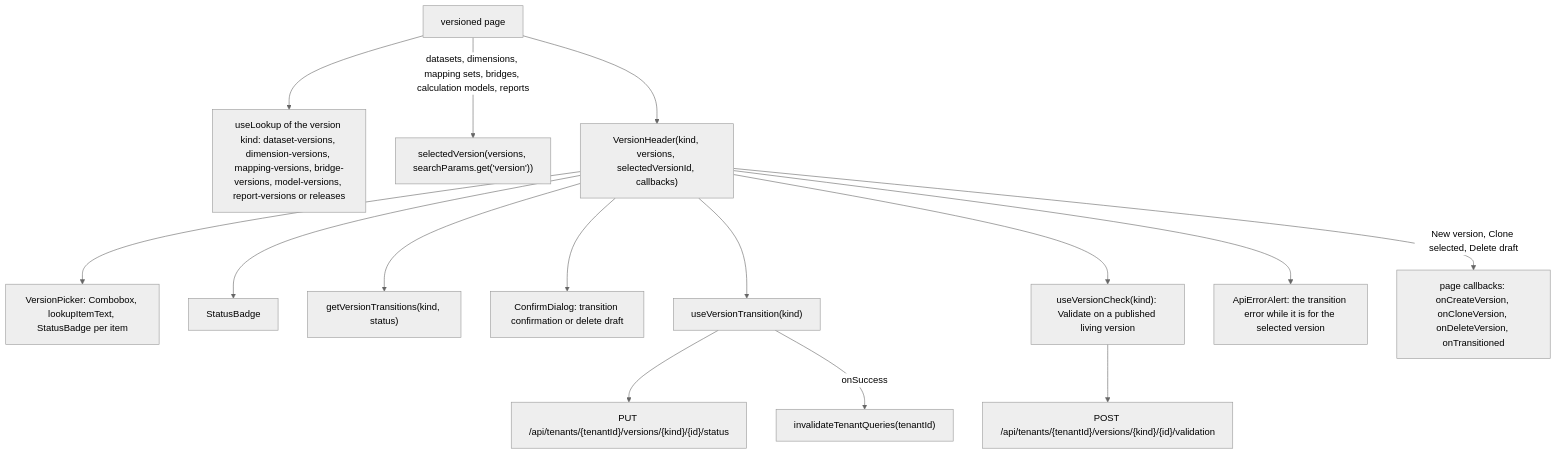
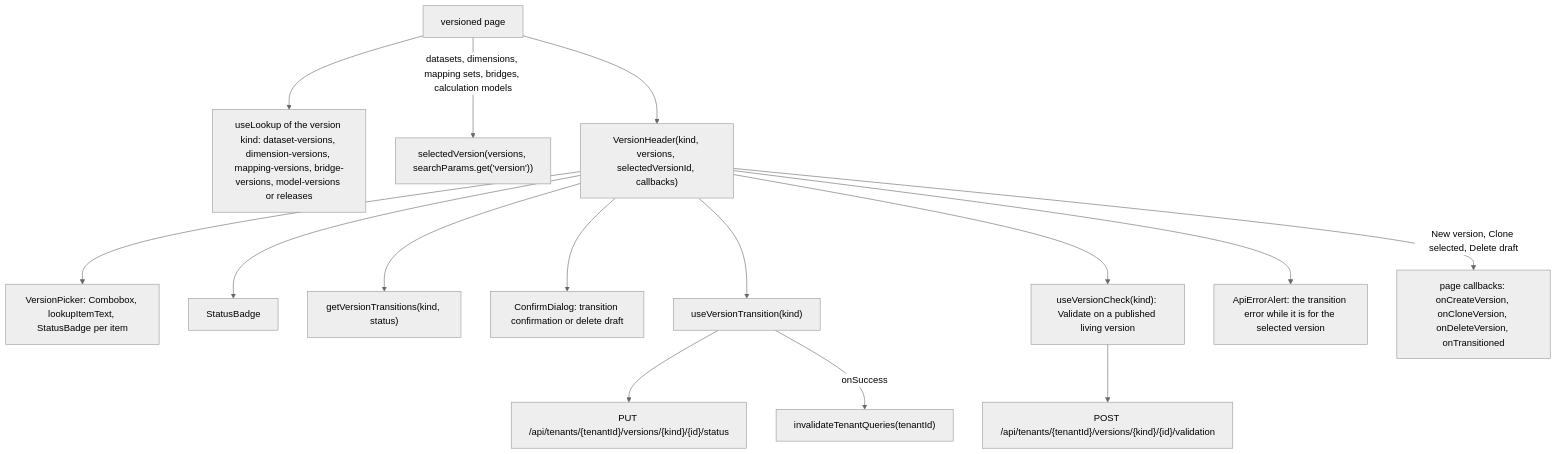
The sixth of 9 diagrams in web/docs/architecture/03-how-it-works.md (chrisaliotta/Quantalytix.QueryEngine.Admin), drawn with Mermaid (neutral theme) before and after one commit. The commit also changed other lines of this file and 373 other files, not shown here.

First line of the commit message:
feat: update API documentation and architecture for versioning and report handling

````diff
--- a/web/docs/architecture/03-how-it-works.md
+++ b/web/docs/architecture/03-how-it-works.md
@@ -281,32 +279,32 @@
 ```mermaid
 flowchart TB
     Page["versioned page"]
-    Lookup["useLookup of the version kind: dataset-versions, dimension-versions, mapping-versions, bridge-versions, model-versions, report-versions or releases"]
+    Lookup["useLookup of the version kind: dataset-versions, dimension-versions, mapping-versions, bridge-versions, model-versions or releases"]
     Select["selectedVersion(versions, searchParams.get('version'))"]
     Header["VersionHeader(kind, versions, selectedVersionId, callbacks)"]
     Picker["VersionPicker: Combobox, lookupItemText, StatusBadge per item"]
     Badge["StatusBadge"]
     Transitions["getVersionTransitions(kind, status)"]
     Confirm["ConfirmDialog: transition confirmation or delete draft"]
     Mutation["useVersionTransition(kind)"]
     Check["useVersionCheck(kind): Validate on a published living version"]
     CheckPost["POST /api/tenants/{tenantId}/versions/{kind}/{id}/validation"]
     Put["PUT /api/tenants/{tenantId}/versions/{kind}/{id}/status"]
     Invalidate["invalidateTenantQueries(tenantId)"]
     Alert["ApiErrorAlert: the transition error while it is for the selected version"]
     Callbacks["page callbacks: onCreateVersion, onCloneVersion, onDeleteVersion, onTransitioned"]
     Page --> Lookup
-    Page -->|"datasets, dimensions, mapping sets, bridges, calculation models, reports"| Select
+    Page -->|"datasets, dimensions, mapping sets, bridges, calculation models"| Select
     Page --> Header
     Header --> Picker
     Header --> Badge
     Header --> Transitions
     Header --> Confirm
     Header --> Mutation
     Header --> Check
     Check --> CheckPost
     Header --> Alert
     Header -->|"New version, Clone selected, Delete draft"| Callbacks
     Mutation --> Put
     Mutation -->|"onSuccess"| Invalidate
 ```
````
